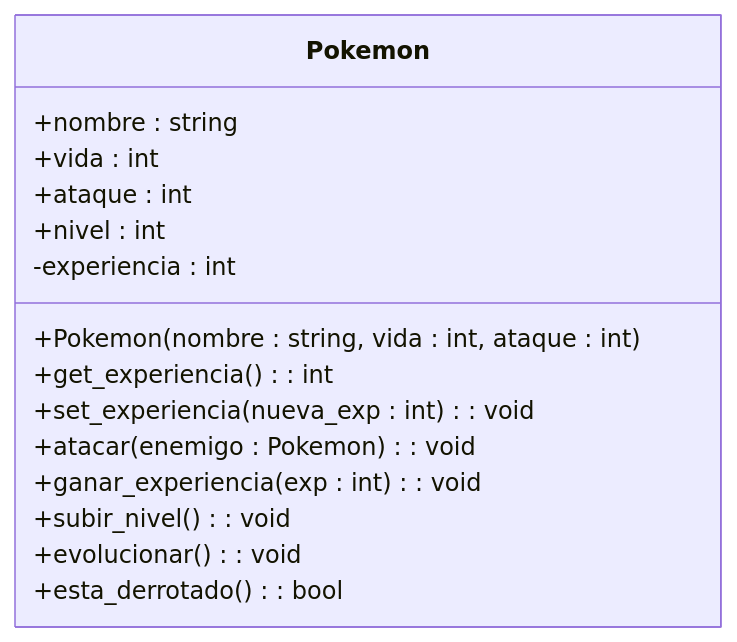
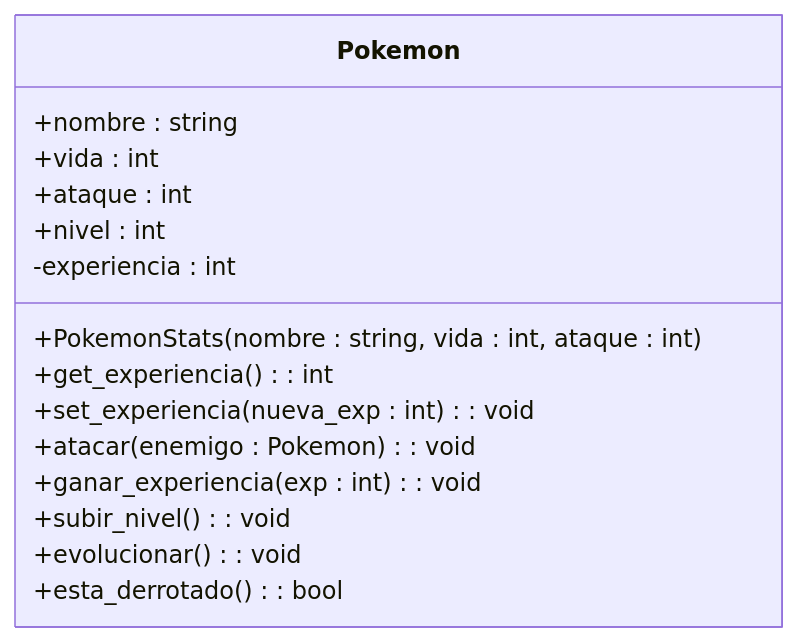
Before and after one commit to darovalenzuelaa/Recursos: the diagram in Diagrams/CLASE_ESTRUCTURA.md, drawn with Mermaid.

````diff
--- a/Diagrams/CLASE_ESTRUCTURA.md
+++ b/Diagrams/CLASE_ESTRUCTURA.md
@@ -1,19 +1,19 @@
 ```mermaid
 classDiagram
 class Pokemon {
   +nombre : string
   +vida : int
   +ataque : int
   +nivel : int
   -experiencia : int
 
-  +Pokemon(nombre : string, vida : int, ataque : int)
+  +PokemonStats(nombre : string, vida : int, ataque : int)
   +get_experiencia() : int
   +set_experiencia(nueva_exp : int) : void
   +atacar(enemigo : Pokemon) : void
   +ganar_experiencia(exp : int) : void
   +subir_nivel() : void
   +evolucionar() : void
   +esta_derrotado() : bool
 }
 ```
````
